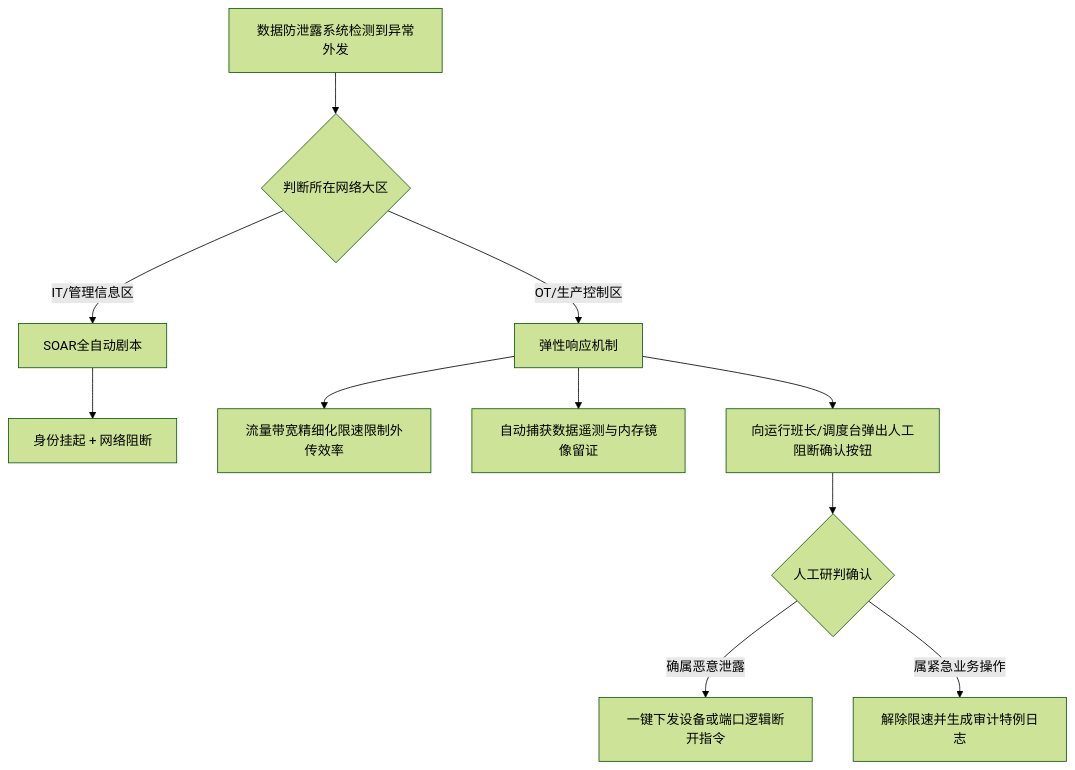
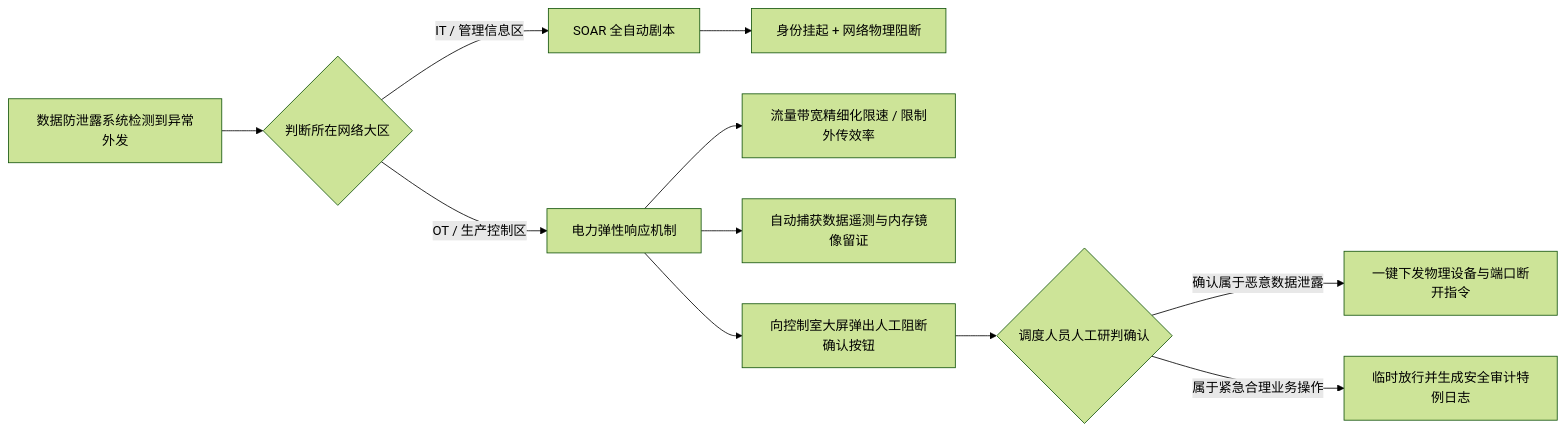
Before and after one commit to Bo331/power-data-breach-literature: the third of 3 diagrams in 05_正式资料原文/02_AI提取与汇编/01_CISA_零信任成熟度模型2.0_深度精读.md, drawn with Mermaid (forest theme). The commit also changed other lines of this file and 2 other files, not shown here.

Commit message:
style: apply padding and double-quotes to all Mermaid diagrams to prevent Chinese character clipping

````diff
--- a/05_正式资料原文/02_AI提取与汇编/01_CISA_零信任成熟度模型2.0_深度精读.md
+++ b/05_正式资料原文/02_AI提取与汇编/01_CISA_零信任成熟度模型2.0_深度精读.md
@@ -112,13 +112,15 @@
 ```mermaid
-graph TD
-    A[数据防泄露系统检测到异常外发] --> B{判断所在网络大区}
-    B -- IT/管理信息区 --> C[SOAR全自动剧本]
-    C --> C1[身份挂起 + 网络阻断]
-    B -- OT/生产控制区 --> D[弹性响应机制]
-    D --> D1[流量带宽精细化限速限制外传效率]
-    D --> D2[自动捕获数据遥测与内存镜像留证]
-    D --> D3[向运行班长/调度台弹出人工阻断确认按钮]
-    D3 --> E{人工研判确认}
-    E -- 确属恶意泄露 --> F[一键下发设备或端口逻辑断开指令]
-    E -- 属紧急业务操作 --> G[解除限速并生成审计特例日志]
+graph LR
+    A[" 数据防泄露系统检测到异常外发 "] --> B{" 判断所在网络大区 "}
+    B -- " IT / 管理信息区 " --> C[" SOAR 全自动剧本 "]
+    C --> C1[" 身份挂起 + 网络物理阻断 "]
+    
+    B -- " OT / 生产控制区 " --> D[" 电力弹性响应机制 "]
+    D --> D1[" 流量带宽精细化限速 / 限制外传效率 "]
+    D --> D2[" 自动捕获数据遥测与内存镜像留证 "]
+    D --> D3[" 向控制室大屏弹出人工阻断确认按钮 "]
+    
+    D3 --> E{" 调度人员人工研判确认 "}
+    E -- " 确认属于恶意数据泄露 " --> F[" 一键下发物理设备与端口断开指令 "]
+    E -- " 属于紧急合理业务操作 " --> G[" 临时放行并生成安全审计特例日志 "]
 ```
````
